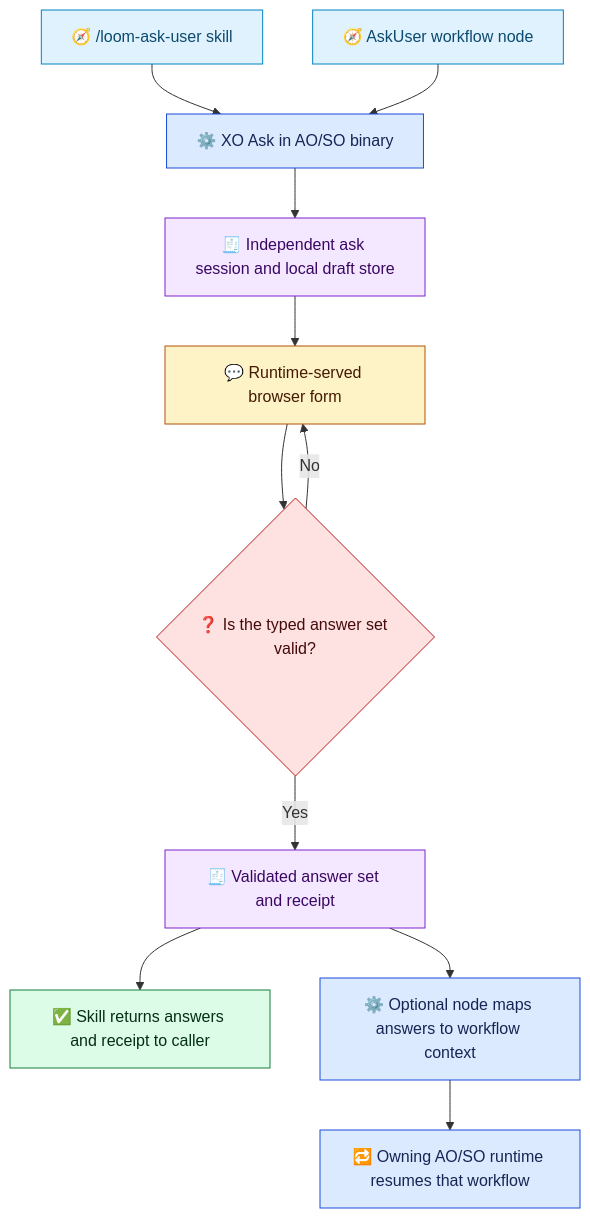
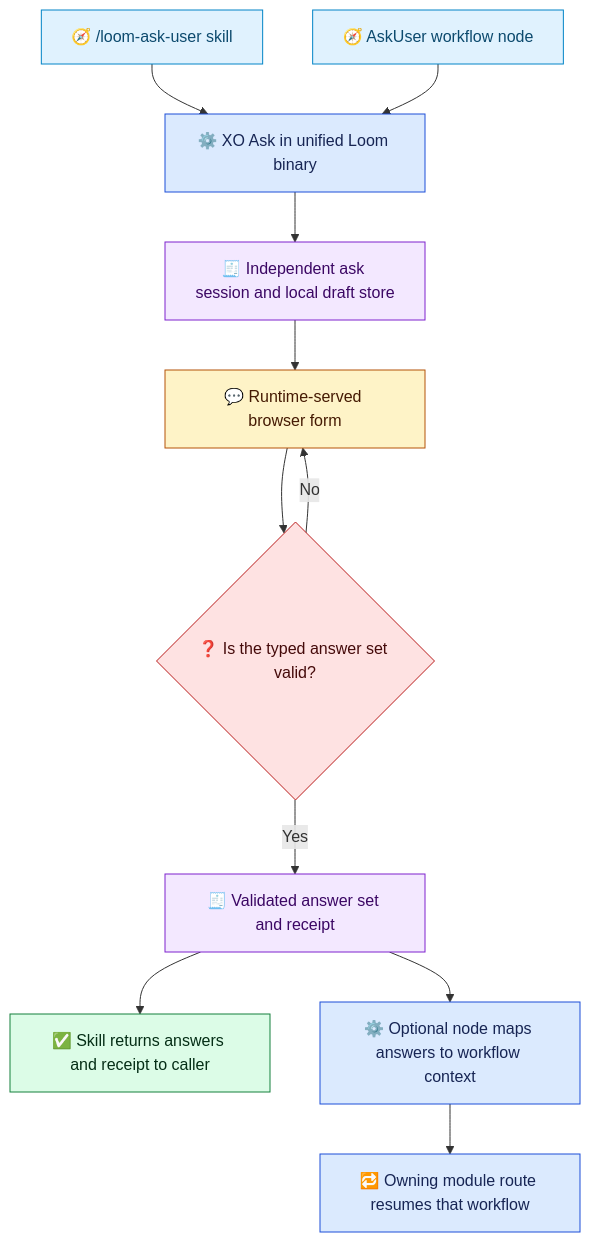
The second of 2 diagrams in docs/en/guides/ask-user-guide.md (waynebaby/Techne-Loom), drawn with Mermaid before and after one commit. The commit also changed other lines of this file and 130 other files, not shown here.

````diff
--- a/docs/en/guides/ask-user-guide.md
+++ b/docs/en/guides/ask-user-guide.md
@@ -143,26 +143,26 @@
 ```mermaid
 flowchart TD
-    SKILL["🧭 /loom-ask-user skill"] --> XO["⚙️ XO Ask in AO/SO binary"]
+    SKILL["🧭 /loom-ask-user skill"] --> XO["⚙️ XO Ask in unified Loom binary"]
     NODE["🧭 AskUser workflow node"] --> XO
     XO --> SESSION["🧾 Independent ask session and local draft store"]
     SESSION --> FORM["💬 Runtime-served browser form"]
     FORM --> CHECK{"❓ Is the typed answer set valid?"}
     CHECK -- "No" --> FORM
     CHECK -- "Yes" --> RECEIPT["🧾 Validated answer set and receipt"]
     RECEIPT --> DIRECT["✅ Skill returns answers and receipt to caller"]
     RECEIPT --> MAP["⚙️ Optional node maps answers to workflow context"]
-    MAP --> RESUME["🔁 Owning AO/SO runtime resumes that workflow"]
+    MAP --> RESUME["🔁 Owning module route resumes that workflow"]
 
     classDef intake fill:#e0f2fe,stroke:#0284c7,color:#0c4a6e;
     classDef runtime fill:#dbeafe,stroke:#1d4ed8,color:#172554;
     classDef user fill:#fef3c7,stroke:#b45309,color:#451a03;
     classDef evidence fill:#f3e8ff,stroke:#7e22ce,color:#3b0764;
     classDef decision fill:#fee2e2,stroke:#b91c1c,color:#450a0a;
     classDef complete fill:#dcfce7,stroke:#15803d,color:#052e16;
     class SKILL,NODE intake;
     class XO,MAP,RESUME runtime;
     class FORM user;
     class SESSION,RECEIPT evidence;
     class CHECK decision;
     class DIRECT complete;
 ```
````
